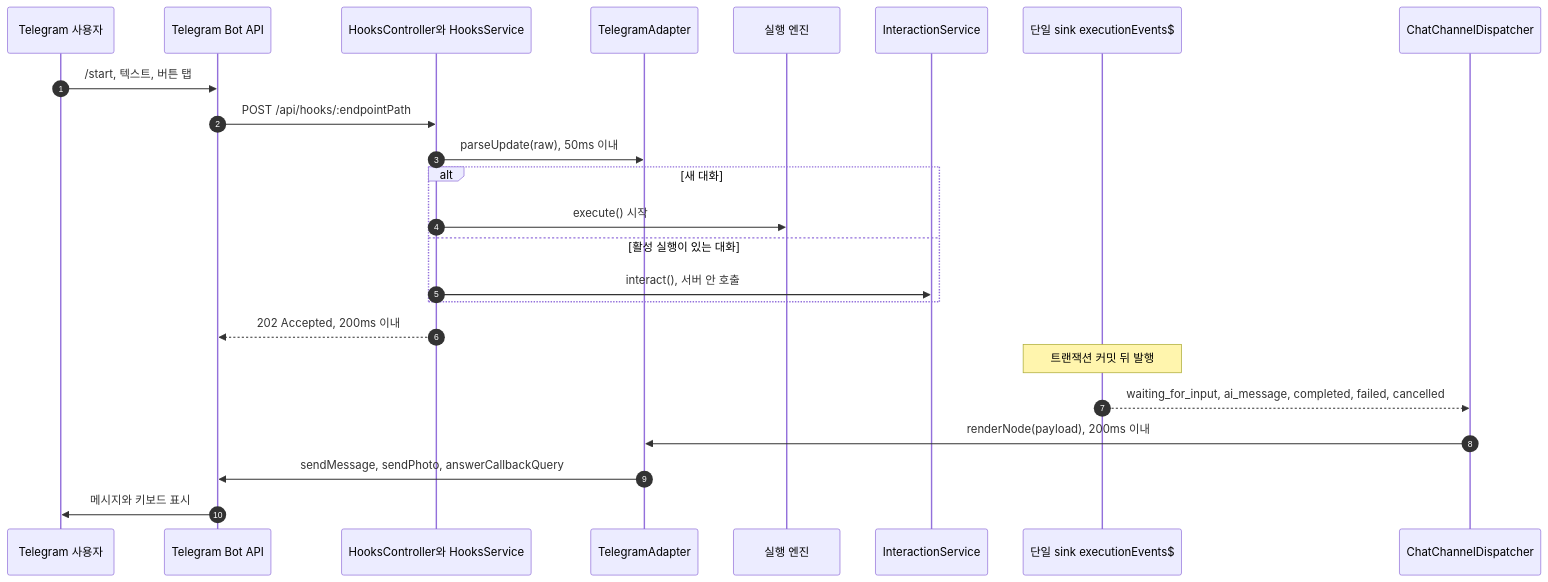
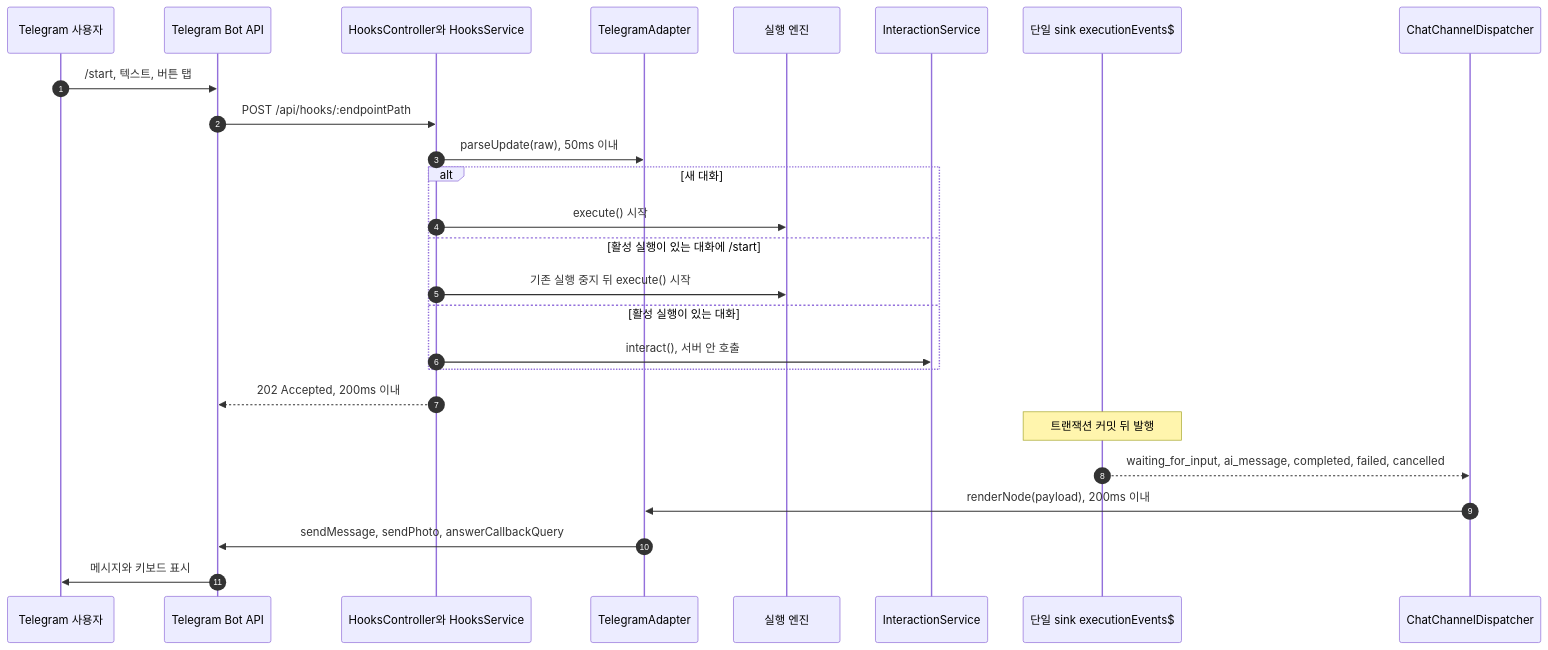
The first of 3 diagrams in spec/CLE-CHAT/CLE-CHAT-CORE.md (worker-ants/clemvion), drawn with Mermaid before and after one commit. The commit also changed other lines of this file and 36 other files, not shown here.

First line of the commit message:
꺼진 워크플로우는 웹훅 · 채팅 채널 · 스케줄로 실행하지 않고, 실행 중 /start 는 재시작한다 (CLE-T-XRWFMJ, CLE-T-V4WVF2) (#1536)

````diff
--- a/spec/CLE-CHAT/CLE-CHAT-CORE.md
+++ b/spec/CLE-CHAT/CLE-CHAT-CORE.md
@@ -156,26 +168,28 @@
 ```mermaid
 sequenceDiagram
   autonumber
   participant U as Telegram 사용자
   participant TG as Telegram Bot API
   participant H as HooksController와 HooksService
   participant A as TelegramAdapter
   participant E as 실행 엔진
   participant I as InteractionService
   participant S as 단일 sink executionEvents$
   participant D as ChatChannelDispatcher
   U->>TG: /start, 텍스트, 버튼 탭
   TG->>H: POST /api/hooks/:endpointPath
   H->>A: parseUpdate(raw), 50ms 이내
   alt 새 대화
     H->>E: execute() 시작
+  else 활성 실행이 있는 대화에 /start
+    H->>E: 기존 실행 중지 뒤 execute() 시작
   else 활성 실행이 있는 대화
     H->>I: interact(), 서버 안 호출
   end
   H-->>TG: 202 Accepted, 200ms 이내
   Note over S: 트랜잭션 커밋 뒤 발행
   S-->>D: waiting_for_input, ai_message, completed, failed, cancelled
   D->>A: renderNode(payload), 200ms 이내
   A->>TG: sendMessage, sendPhoto, answerCallbackQuery
   TG->>U: 메시지와 키보드 표시
 ```
````
